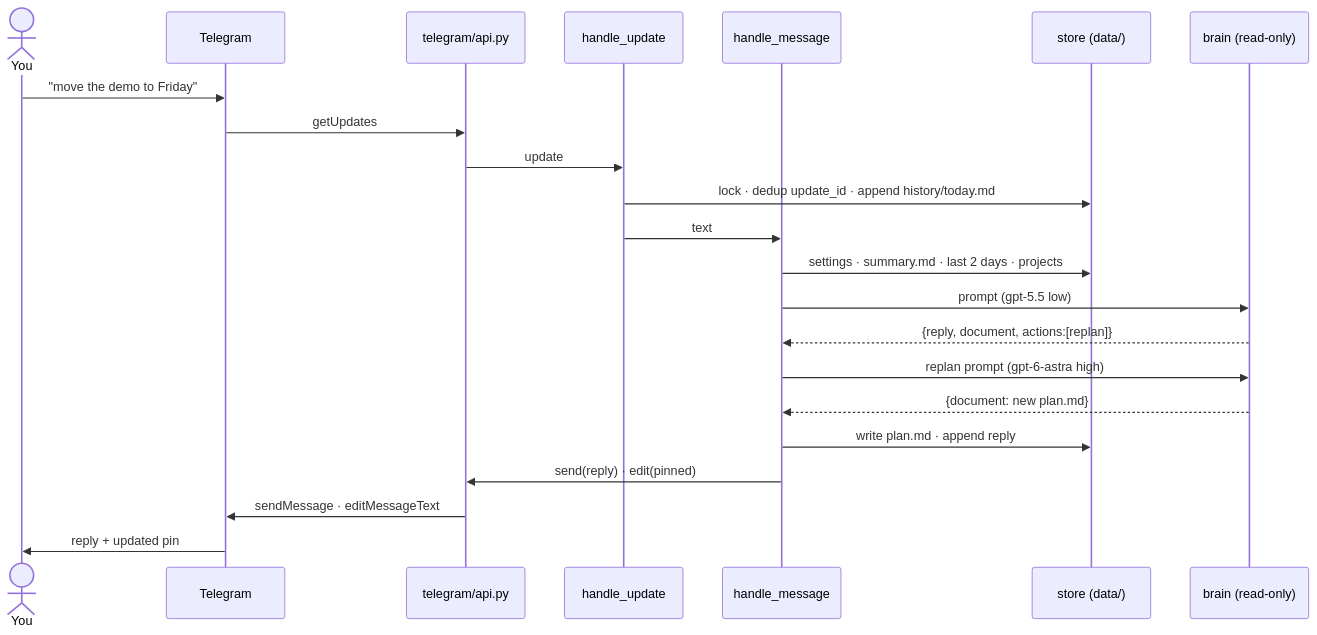
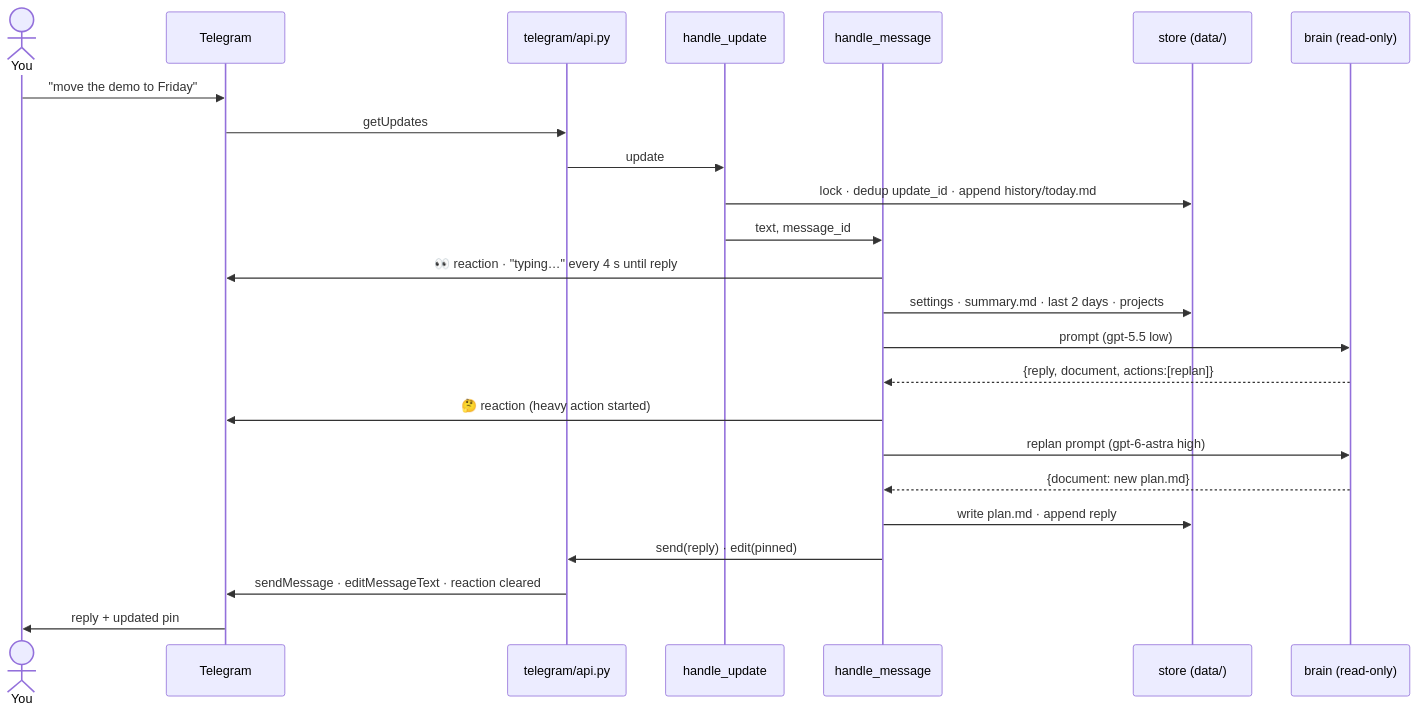
Before and after one commit to vovka/mentor-bot: the fourth of 16 diagrams in docs/ARCHITECTURE.md, drawn with Mermaid.

Commit message:
docs: indicators in the chat sequence diagram
Claude-Session: https://claude.ai/code/session_01M4gH2Kn5GkPJtYPP2RLBNa

````diff
--- a/docs/ARCHITECTURE.md
+++ b/docs/ARCHITECTURE.md
@@ -72,24 +72,26 @@
 ```mermaid
 sequenceDiagram
   actor You
   participant TG as Telegram
   participant AD as telegram/api.py
   participant HU as handle_update
   participant HM as handle_message
   participant ST as store (data/)
   participant BR as brain (read-only)
   You->>TG: "move the demo to Friday"
   TG->>AD: getUpdates
   AD->>HU: update
   HU->>ST: lock · dedup update_id · append history/today.md
-  HU->>HM: text
+  HU->>HM: text, message_id
+  HM->>TG: 👀 reaction · "typing…" every 4 s until reply
   HM->>ST: settings · summary.md · last 2 days · projects
   HM->>BR: prompt (gpt-5.5 low)
   BR-->>HM: {reply, document, actions:[replan]}
+  HM->>TG: 🤔 reaction (heavy action started)
   HM->>BR: replan prompt (gpt-6-astra high)
   BR-->>HM: {document: new plan.md}
   HM->>ST: write plan.md · append reply
   HM->>AD: send(reply) · edit(pinned)
-  AD->>TG: sendMessage · editMessageText
+  AD->>TG: sendMessage · editMessageText · reaction cleared
   TG->>You: reply + updated pin
 ```
````
